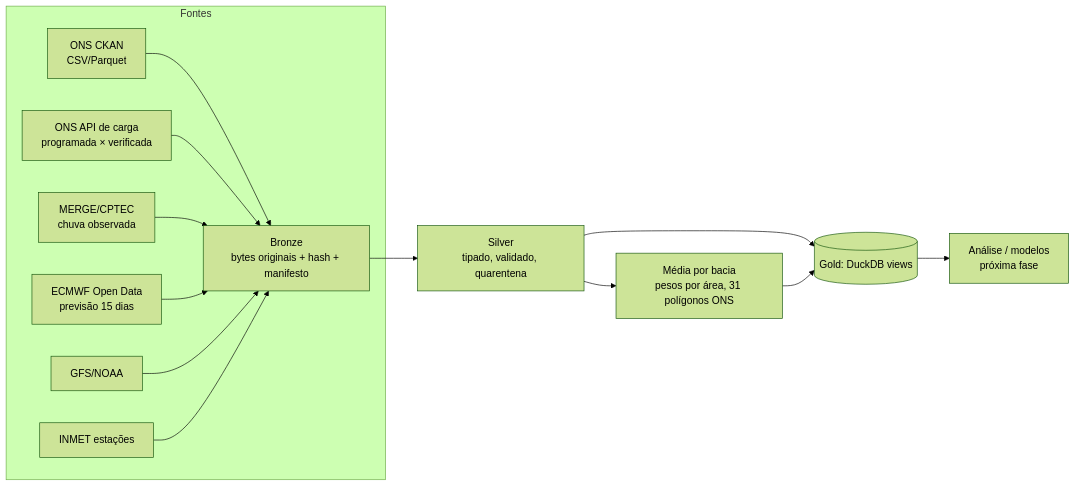
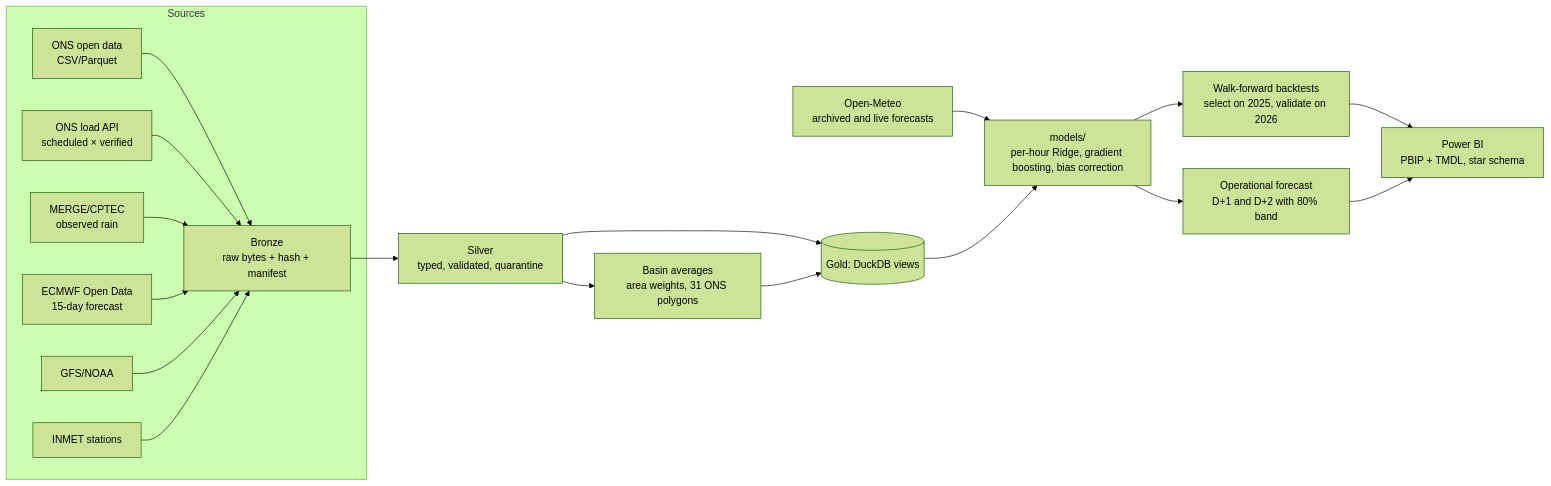
One commit to CostaJr007/brazil-power-netload-forecasting changed the diagram in README.md. Above: the diagram before and after it, drawn with Mermaid (forest theme). The commit also changed other lines of this file and 12 other files, not shown here.

````diff
--- a/README.md
+++ b/README.md
@@ -18,16 +30,21 @@
 ```mermaid
 flowchart LR
-    subgraph Fontes
-        A[ONS CKAN<br/>CSV/Parquet] --> B
-        A2[ONS API de carga<br/>programada × verificada] --> B
-        M[MERGE/CPTEC<br/>chuva observada] --> B
-        E[ECMWF Open Data<br/>previsão 15 dias] --> B
+    subgraph Sources
+        A[ONS open data<br/>CSV/Parquet] --> B
+        A2[ONS load API<br/>scheduled × verified] --> B
+        M[MERGE/CPTEC<br/>observed rain] --> B
+        E[ECMWF Open Data<br/>15-day forecast] --> B
         G[GFS/NOAA] --> B
-        I[INMET estações] --> B
+        I[INMET stations] --> B
     end
-    B[Bronze<br/>bytes originais + hash + manifesto] --> S[Silver<br/>tipado, validado, quarentena]
-    S --> P[Média por bacia<br/>pesos por área, 31 polígonos ONS]
+    B[Bronze<br/>raw bytes + hash + manifest] --> S[Silver<br/>typed, validated, quarantine]
+    S --> P[Basin averages<br/>area weights, 31 ONS polygons]
     S --> V[(Gold: DuckDB views)]
     P --> V
-    V --> X[Análise / modelos<br/>próxima fase]
+    O[Open-Meteo<br/>archived and live forecasts] --> MD
+    V --> MD[models/<br/>per-hour Ridge, gradient boosting, bias correction]
+    MD --> BT[Walk-forward backtests<br/>select on 2025, validate on 2026]
+    MD --> PO[Operational forecast<br/>D+1 and D+2 with 80% band]
+    BT --> BI[Power BI<br/>PBIP + TMDL, star schema]
+    PO --> BI
 ```
````
